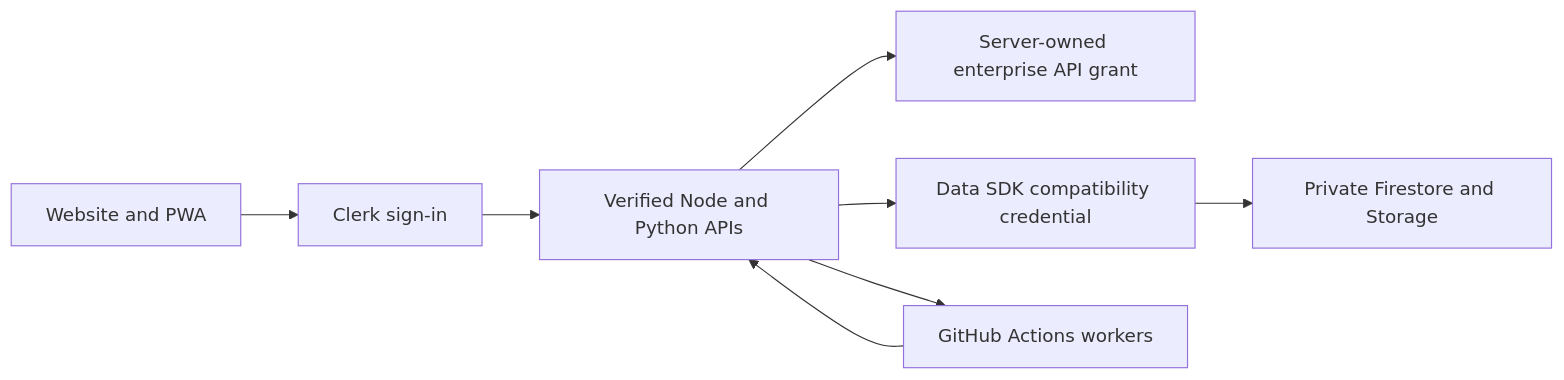
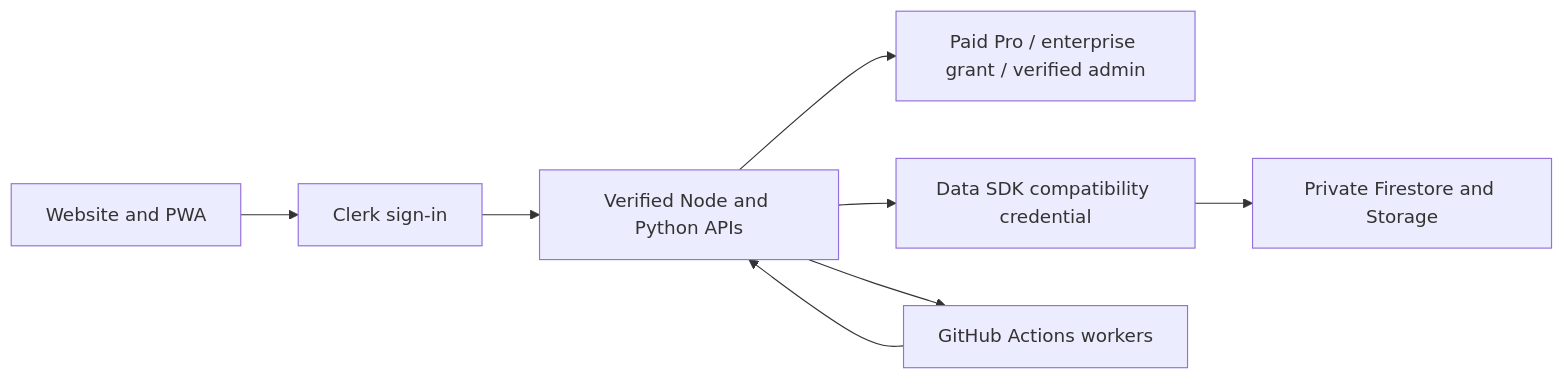
One commit to tamzid2001/stockssagemakerdata changed the diagram in docs/wiki/Architecture-and-Operations.md. Above: the diagram before and after it, drawn with Mermaid. The commit also changed other lines of this file and 6 other files, not shown here.

Commit message:
Align account guides and Wiki diagrams with paid Clerk keys

````diff
--- a/docs/wiki/Architecture-and-Operations.md
+++ b/docs/wiki/Architecture-and-Operations.md
@@ -22,10 +22,10 @@
 ```mermaid
 flowchart LR
     Web[Website and PWA] --> Clerk[Clerk sign-in]
     Clerk --> API[Verified Node and Python APIs]
-    API --> Grant[Server-owned enterprise API grant]
+    API --> Grant[Paid Pro / enterprise grant / verified admin]
     API --> Bridge[Data SDK compatibility credential]
     Bridge --> Data[Private Firestore and Storage]
     API --> Jobs[GitHub Actions workers]
     Jobs --> API
 ```
````
